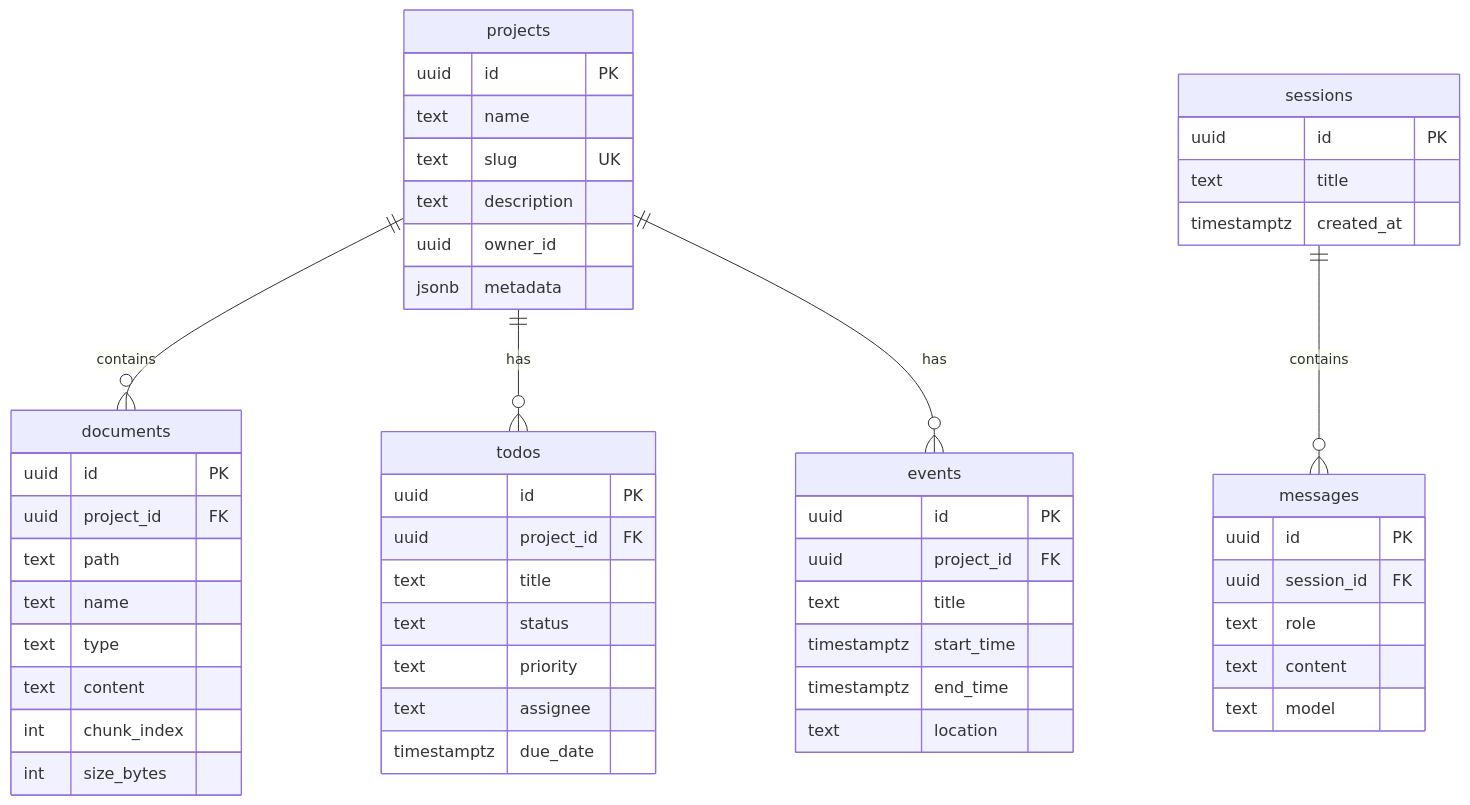
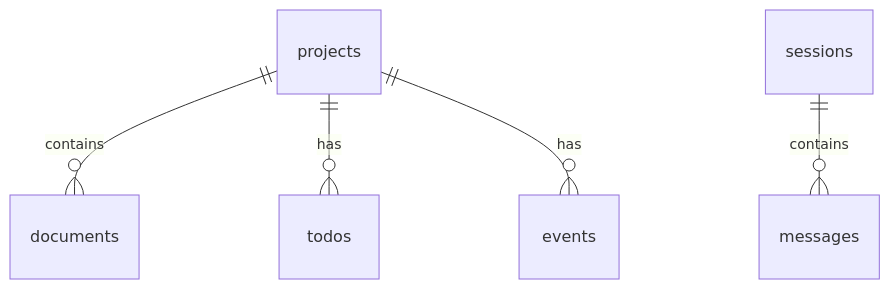
One commit to potenlab/virual-vs-deep-agent changed the fifth of 5 diagrams in README.md. Above: the diagram before and after it, drawn with Mermaid. The commit also changed other lines of this file, not shown here.

First line of the commit message:
Simplify README Mermaid diagrams for GitHub rendering

````diff
--- a/README.md
+++ b/README.md
@@ -220,60 +114,7 @@
 ```mermaid
 erDiagram
     projects ||--o{ documents : contains
     projects ||--o{ todos : has
     projects ||--o{ events : has
     sessions ||--o{ messages : contains
-
-    projects {
-        uuid id PK
-        text name
-        text slug UK
-        text description
-        uuid owner_id
-        jsonb metadata
-    }
-
-    documents {
-        uuid id PK
-        uuid project_id FK
-        text path
-        text name
-        text type
-        text content
-        int chunk_index
-        int size_bytes
-    }
-
-    todos {
-        uuid id PK
-        uuid project_id FK
-        text title
-        text status
-        text priority
-        text assignee
-        timestamptz due_date
-    }
-
-    events {
-        uuid id PK
-        uuid project_id FK
-        text title
-        timestamptz start_time
-        timestamptz end_time
-        text location
-    }
-
-    sessions {
-        uuid id PK
-        text title
-        timestamptz created_at
-    }
-
-    messages {
-        uuid id PK
-        uuid session_id FK
-        text role
-        text content
-        text model
-    }
 ```
````
